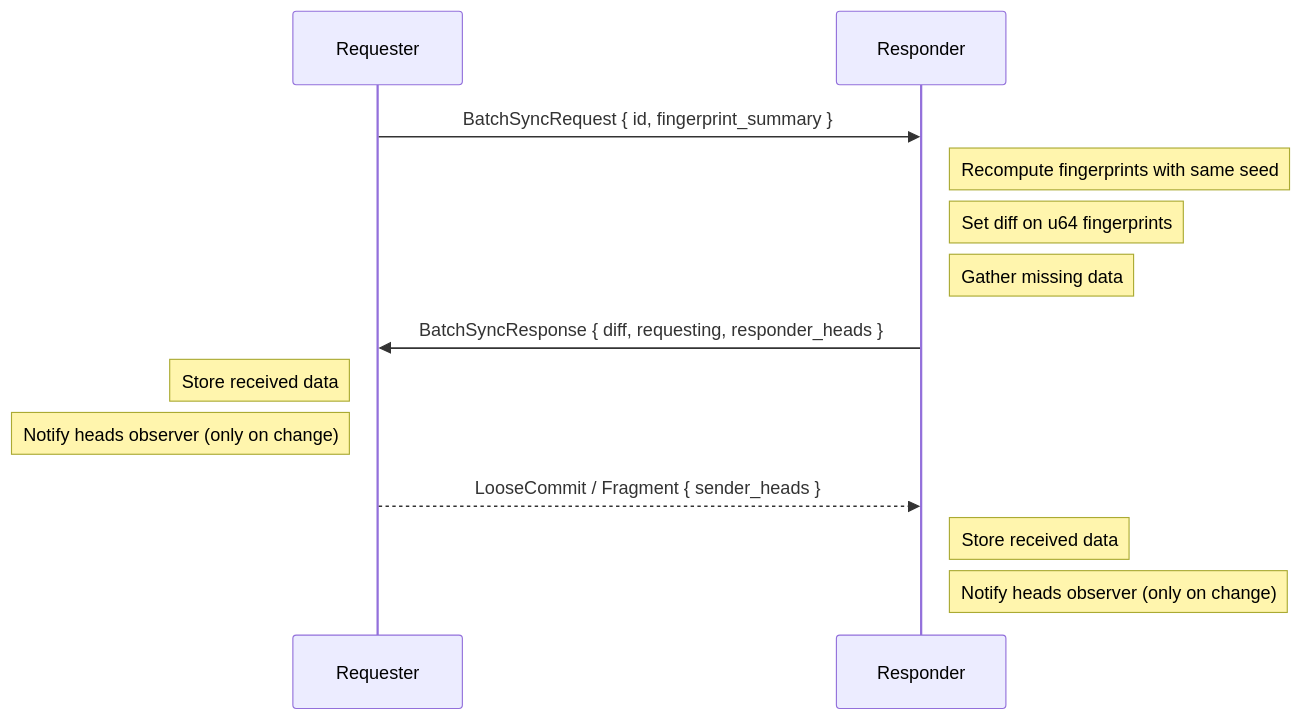
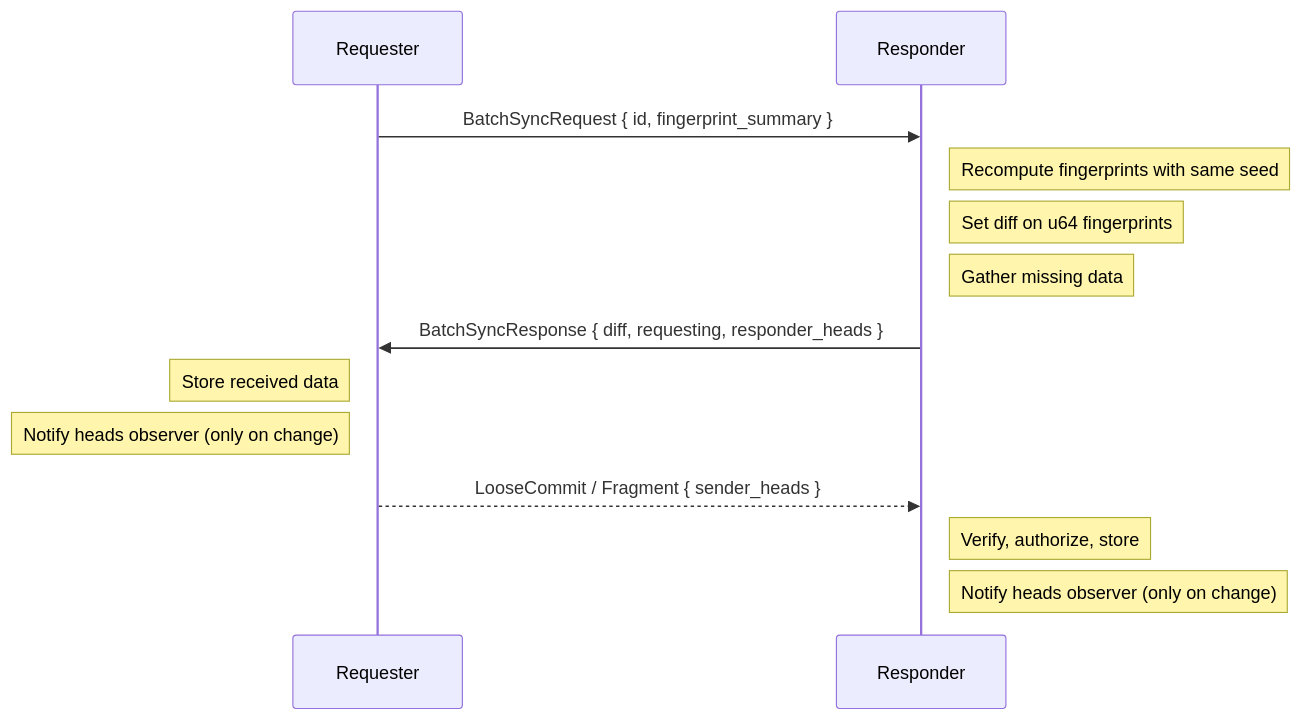
Before and after one commit to inkandswitch/subduction: the first of 3 diagrams in design/sync/batch.md, drawn with Mermaid. The commit also changed other lines of this file and 13 other files, not shown here.

````diff
--- a/design/sync/batch.md
+++ b/design/sync/batch.md
@@ -16,18 +16,18 @@
 ```mermaid
 sequenceDiagram
     participant A as Requester
     participant B as Responder
 
     A->>B: BatchSyncRequest { id, fingerprint_summary }
     Note right of B: Recompute fingerprints with same seed
     Note right of B: Set diff on u64 fingerprints
     Note right of B: Gather missing data
 
     B->>A: BatchSyncResponse { diff, requesting, responder_heads }
     Note left of A: Store received data
     Note left of A: Notify heads observer (only on change)
 
     A-->>B: LooseCommit / Fragment { sender_heads }
-    Note right of B: Store received data
+    Note right of B: Verify, authorize, store
     Note right of B: Notify heads observer (only on change)
 ```
````
